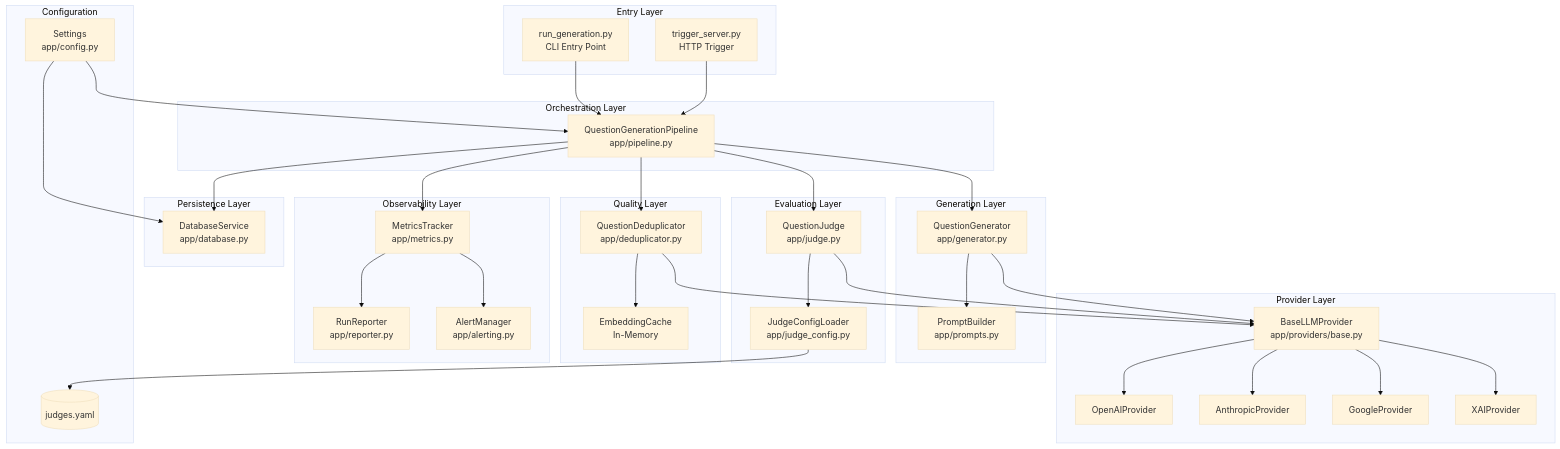
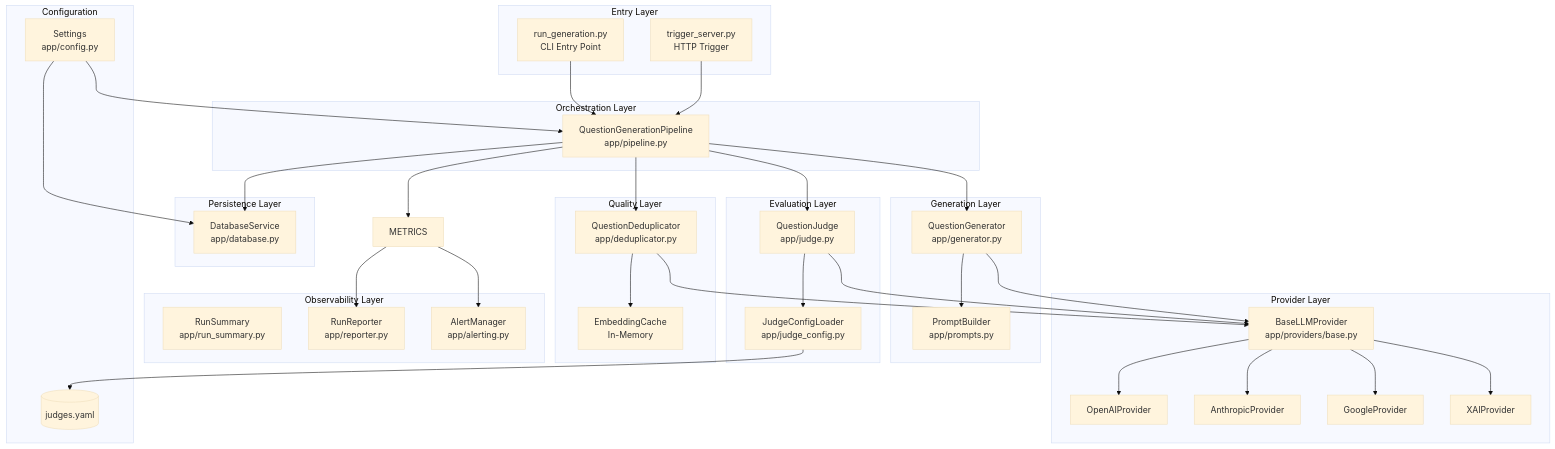
The fourth of 15 diagrams in question-service/docs/ARCHITECTURE.md (gioe/aiq), drawn with Mermaid (base theme) before and after one commit. The commit also changed other lines of this file and 14 other files, not shown here.

First line of the commit message:
Remove MetricsTracker, replace with lightweight RunSummary

````diff
--- a/question-service/docs/ARCHITECTURE.md
+++ b/question-service/docs/ARCHITECTURE.md
@@ -206,79 +206,79 @@
 ```mermaid
 flowchart TB
     subgraph Entry["Entry Layer"]
         CLI["run_generation.py<br/>CLI Entry Point"]
         TRIGGER["trigger_server.py<br/>HTTP Trigger"]
     end
 
     subgraph Orchestration["Orchestration Layer"]
         PIPELINE["QuestionGenerationPipeline<br/>app/pipeline.py"]
     end
 
     subgraph Generation["Generation Layer"]
         GENERATOR["QuestionGenerator<br/>app/generator.py"]
         PROMPTS["PromptBuilder<br/>app/prompts.py"]
     end
 
     subgraph Evaluation["Evaluation Layer"]
         JUDGE["QuestionJudge<br/>app/judge.py"]
         JUDGE_CFG["JudgeConfigLoader<br/>app/judge_config.py"]
     end
 
     subgraph Quality["Quality Layer"]
         DEDUP["QuestionDeduplicator<br/>app/deduplicator.py"]
         CACHE["EmbeddingCache<br/>In-Memory"]
     end
 
     subgraph Persistence["Persistence Layer"]
         DATABASE["DatabaseService<br/>app/database.py"]
     end
 
     subgraph Observability["Observability Layer"]
-        METRICS["MetricsTracker<br/>app/metrics.py"]
+        SUMMARY["RunSummary<br/>app/run_summary.py"]
         REPORTER["RunReporter<br/>app/reporter.py"]
         ALERTING["AlertManager<br/>app/alerting.py"]
     end
 
     subgraph Providers["Provider Layer"]
         BASE["BaseLLMProvider<br/>app/providers/base.py"]
         OPENAI["OpenAIProvider"]
         ANTHROPIC["AnthropicProvider"]
         GOOGLE["GoogleProvider"]
         XAI["XAIProvider"]
     end
 
     subgraph Config["Configuration"]
         SETTINGS["Settings<br/>app/config.py"]
         YAML[("judges.yaml")]
     end
 
     CLI --> PIPELINE
     TRIGGER --> PIPELINE
 
     PIPELINE --> GENERATOR
     PIPELINE --> JUDGE
     PIPELINE --> DEDUP
     PIPELINE --> DATABASE
     PIPELINE --> METRICS
 
     GENERATOR --> PROMPTS
     GENERATOR --> BASE
 
     JUDGE --> JUDGE_CFG
     JUDGE --> BASE
     JUDGE_CFG --> YAML
 
     DEDUP --> CACHE
     DEDUP --> BASE
 
     METRICS --> REPORTER
     METRICS --> ALERTING
 
     BASE --> OPENAI
     BASE --> ANTHROPIC
     BASE --> GOOGLE
     BASE --> XAI
 
     SETTINGS --> PIPELINE
     SETTINGS --> DATABASE
 ```
````
